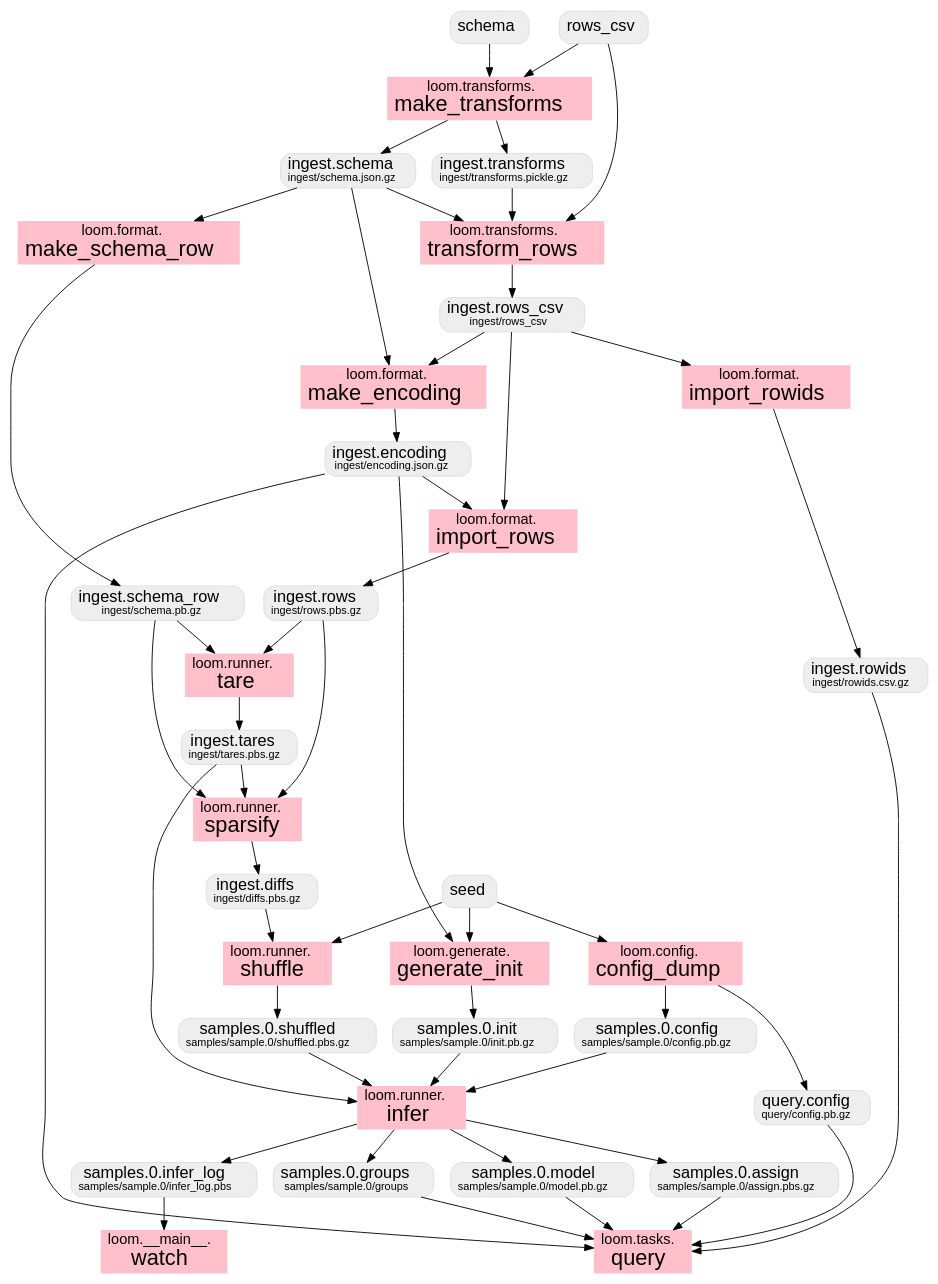
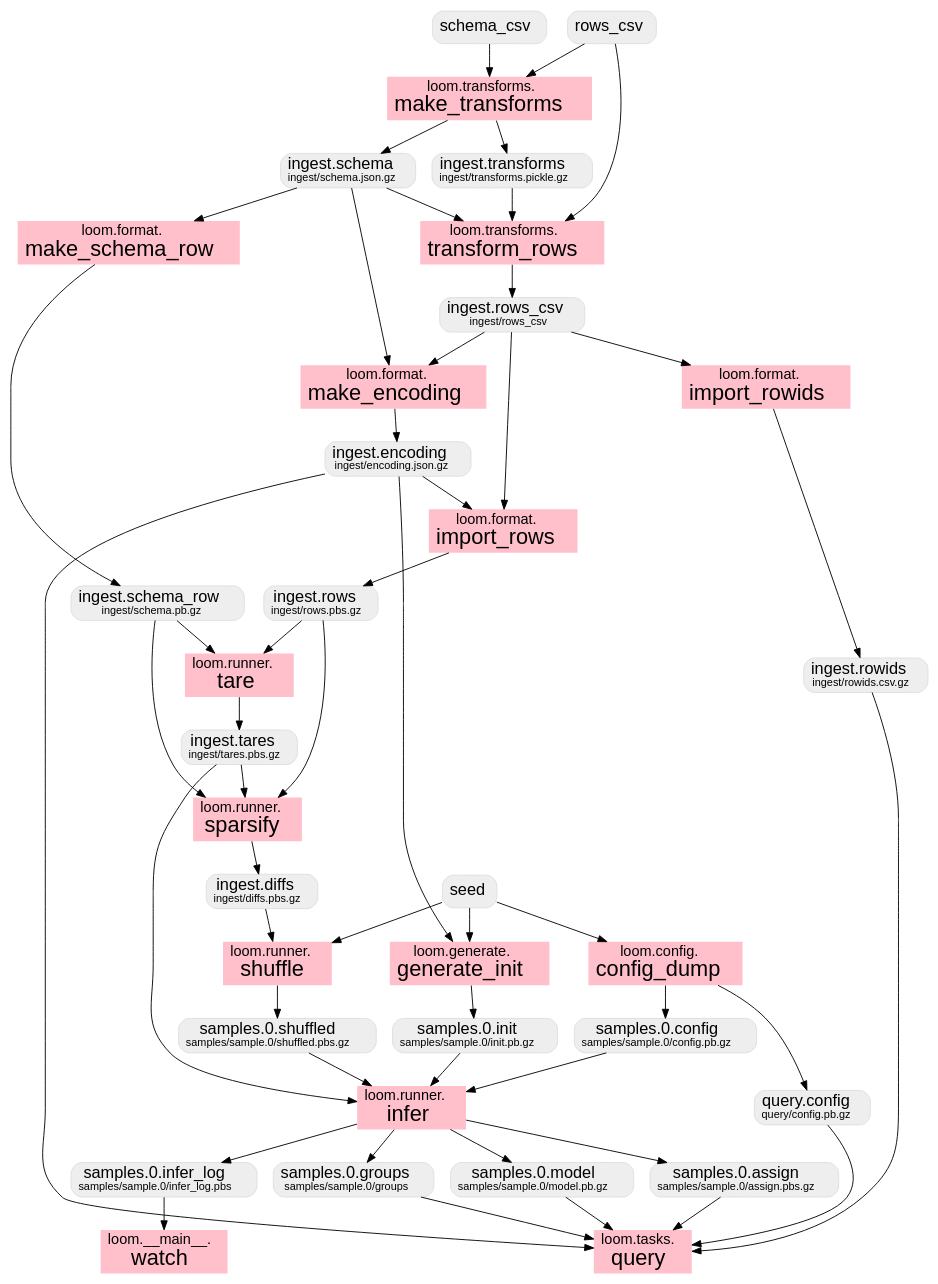
The diagram in doc/dataflow.dot (priorknowledge/loom), drawn with Graphviz before and after one commit. The commit also changed 6 other files, not shown here.

Commit message:
Switch to csv format for fluent schema

```diff
--- a/doc/dataflow.dot
+++ b/doc/dataflow.dot
@@ -1,107 +1,107 @@
 // this file was generated by loom/documented.py
 digraph G {
   overlap=false;
   graph [fontname = "helvetica"];
   node [fontname = "helvetica"];
   edge [fontname = "helvetica"];
 
   // data
   {
     node [
       shape=Mrecord,
       style="filled",
       color="#dddddd",
       fillcolor="#eeeeee"
     ];
     ingest_diffs [label=<<FONT POINT-SIZE="18">ingest.diffs</FONT><BR/><FONT POINT-SIZE="12">ingest/diffs.pbs.gz</FONT>>];
     ingest_encoding [label=<<FONT POINT-SIZE="18">ingest.encoding</FONT><BR/><FONT POINT-SIZE="12">ingest/encoding.json.gz</FONT>>];
     ingest_rowids [label=<<FONT POINT-SIZE="18">ingest.rowids</FONT><BR/><FONT POINT-SIZE="12">ingest/rowids.csv.gz</FONT>>];
     ingest_rows [label=<<FONT POINT-SIZE="18">ingest.rows</FONT><BR/><FONT POINT-SIZE="12">ingest/rows.pbs.gz</FONT>>];
     ingest_rows_csv [label=<<FONT POINT-SIZE="18">ingest.rows_csv</FONT><BR/><FONT POINT-SIZE="12">ingest/rows_csv</FONT>>];
     ingest_schema [label=<<FONT POINT-SIZE="18">ingest.schema</FONT><BR/><FONT POINT-SIZE="12">ingest/schema.json.gz</FONT>>];
     ingest_schema_row [label=<<FONT POINT-SIZE="18">ingest.schema_row</FONT><BR/><FONT POINT-SIZE="12">ingest/schema.pb.gz</FONT>>];
     ingest_tares [label=<<FONT POINT-SIZE="18">ingest.tares</FONT><BR/><FONT POINT-SIZE="12">ingest/tares.pbs.gz</FONT>>];
     ingest_transforms [label=<<FONT POINT-SIZE="18">ingest.transforms</FONT><BR/><FONT POINT-SIZE="12">ingest/transforms.pickle.gz</FONT>>];
     query_config [label=<<FONT POINT-SIZE="18">query.config</FONT><BR/><FONT POINT-SIZE="12">query/config.pb.gz</FONT>>];
     rows_csv [label=<<FONT POINT-SIZE="18">rows_csv</FONT>>];
     samples_0_assign [label=<<FONT POINT-SIZE="18">samples.0.assign</FONT><BR/><FONT POINT-SIZE="12">samples/sample.0/assign.pbs.gz</FONT>>];
     samples_0_config [label=<<FONT POINT-SIZE="18">samples.0.config</FONT><BR/><FONT POINT-SIZE="12">samples/sample.0/config.pb.gz</FONT>>];
     samples_0_groups [label=<<FONT POINT-SIZE="18">samples.0.groups</FONT><BR/><FONT POINT-SIZE="12">samples/sample.0/groups</FONT>>];
     samples_0_infer_log [label=<<FONT POINT-SIZE="18">samples.0.infer_log</FONT><BR/><FONT POINT-SIZE="12">samples/sample.0/infer_log.pbs</FONT>>];
     samples_0_init [label=<<FONT POINT-SIZE="18">samples.0.init</FONT><BR/><FONT POINT-SIZE="12">samples/sample.0/init.pb.gz</FONT>>];
     samples_0_model [label=<<FONT POINT-SIZE="18">samples.0.model</FONT><BR/><FONT POINT-SIZE="12">samples/sample.0/model.pb.gz</FONT>>];
     samples_0_shuffled [label=<<FONT POINT-SIZE="18">samples.0.shuffled</FONT><BR/><FONT POINT-SIZE="12">samples/sample.0/shuffled.pbs.gz</FONT>>];
-    schema [label=<<FONT POINT-SIZE="18">schema</FONT>>];
+    schema_csv [label=<<FONT POINT-SIZE="18">schema_csv</FONT>>];
     seed [label=<<FONT POINT-SIZE="18">seed</FONT>>];
   }
 
   // transforms
   {
     node [shape=box, style="filled,setlinewidth(0)"];
 
     watch [label=<<FONT POINT-SIZE="16">loom.__main__.</FONT><BR/><FONT POINT-SIZE="24">watch</FONT>>, fillcolor=pink];
     config_dump [label=<<FONT POINT-SIZE="16">loom.config.</FONT><BR/><FONT POINT-SIZE="24">config_dump</FONT>>, fillcolor=pink];
     import_rowids [label=<<FONT POINT-SIZE="16">loom.format.</FONT><BR/><FONT POINT-SIZE="24">import_rowids</FONT>>, fillcolor=pink];
     import_rows [label=<<FONT POINT-SIZE="16">loom.format.</FONT><BR/><FONT POINT-SIZE="24">import_rows</FONT>>, fillcolor=pink];
     make_encoding [label=<<FONT POINT-SIZE="16">loom.format.</FONT><BR/><FONT POINT-SIZE="24">make_encoding</FONT>>, fillcolor=pink];
     make_schema_row [label=<<FONT POINT-SIZE="16">loom.format.</FONT><BR/><FONT POINT-SIZE="24">make_schema_row</FONT>>, fillcolor=pink];
     generate_init [label=<<FONT POINT-SIZE="16">loom.generate.</FONT><BR/><FONT POINT-SIZE="24">generate_init</FONT>>, fillcolor=pink];
     infer [label=<<FONT POINT-SIZE="16">loom.runner.</FONT><BR/><FONT POINT-SIZE="24">infer</FONT>>, fillcolor=pink];
     shuffle [label=<<FONT POINT-SIZE="16">loom.runner.</FONT><BR/><FONT POINT-SIZE="24">shuffle</FONT>>, fillcolor=pink];
     sparsify [label=<<FONT POINT-SIZE="16">loom.runner.</FONT><BR/><FONT POINT-SIZE="24">sparsify</FONT>>, fillcolor=pink];
     tare [label=<<FONT POINT-SIZE="16">loom.runner.</FONT><BR/><FONT POINT-SIZE="24">tare</FONT>>, fillcolor=pink];
     query [label=<<FONT POINT-SIZE="16">loom.tasks.</FONT><BR/><FONT POINT-SIZE="24">query</FONT>>, fillcolor=pink];
     make_transforms [label=<<FONT POINT-SIZE="16">loom.transforms.</FONT><BR/><FONT POINT-SIZE="24">make_transforms</FONT>>, fillcolor=pink];
     transform_rows [label=<<FONT POINT-SIZE="16">loom.transforms.</FONT><BR/><FONT POINT-SIZE="24">transform_rows</FONT>>, fillcolor=pink];
 
     samples_0_infer_log -> watch [weight=1.0];
     seed -> config_dump [weight=1.0];
     config_dump -> samples_0_config [weight=1.0];
     config_dump -> query_config [weight=1.0];
     ingest_rows_csv -> import_rowids [weight=1.0];
     import_rowids -> ingest_rowids [weight=1.0];
     ingest_encoding -> import_rows [weight=1.0];
     ingest_rows_csv -> import_rows [weight=1.0];
     import_rows -> ingest_rows [weight=1.0];
     ingest_schema -> make_encoding [weight=1.0];
     ingest_rows_csv -> make_encoding [weight=1.0];
     make_encoding -> ingest_encoding [weight=1.0];
     ingest_schema -> make_schema_row [weight=1.0];
     make_schema_row -> ingest_schema_row [weight=1.0];
     ingest_encoding -> generate_init [weight=1.0];
     seed -> generate_init [weight=1.0];
     generate_init -> samples_0_init [weight=1.0];
     samples_0_config -> infer [weight=1.0];
     samples_0_shuffled -> infer [weight=1.0];
     ingest_tares -> infer [weight=1.0];
     samples_0_init -> infer [weight=1.0];
     infer -> samples_0_model [weight=1.0];
     infer -> samples_0_groups [weight=1.0];
     infer -> samples_0_assign [weight=1.0];
     infer -> samples_0_infer_log [weight=1.0];
     ingest_diffs -> shuffle [weight=1.0];
     seed -> shuffle [weight=1.0];
     shuffle -> samples_0_shuffled [weight=1.0];
     ingest_schema_row -> sparsify [weight=1.0];
     ingest_tares -> sparsify [weight=1.0];
     ingest_rows -> sparsify [weight=1.0];
     sparsify -> ingest_diffs [weight=1.0];
     ingest_schema_row -> tare [weight=1.0];
     ingest_rows -> tare [weight=1.0];
     tare -> ingest_tares [weight=1.0];
     ingest_encoding -> query [weight=1.0];
     ingest_rowids -> query [weight=1.0];
     query_config -> query [weight=1.0];
     samples_0_model -> query [weight=1.0];
     samples_0_groups -> query [weight=1.0];
     samples_0_assign -> query [weight=1.0];
-    schema -> make_transforms [weight=1.0];
+    schema_csv -> make_transforms [weight=1.0];
     rows_csv -> make_transforms [weight=1.0];
     make_transforms -> ingest_schema [weight=1.0];
     make_transforms -> ingest_transforms [weight=1.0];
     ingest_schema -> transform_rows [weight=1.0];
     ingest_transforms -> transform_rows [weight=1.0];
     rows_csv -> transform_rows [weight=1.0];
     transform_rows -> ingest_rows_csv [weight=1.0];
   }
 }
```
